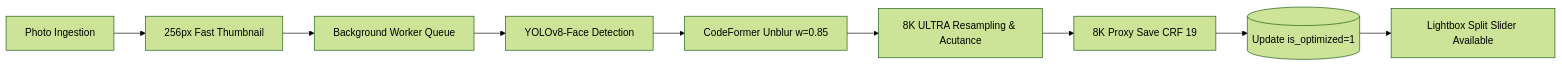
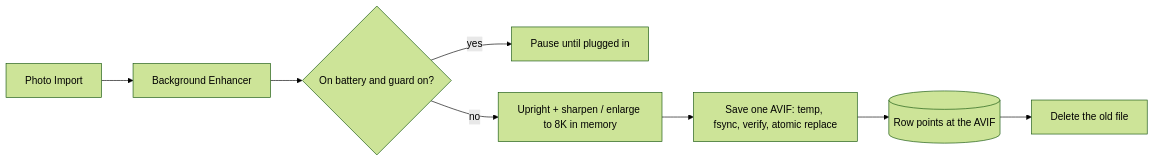
The fifth of 7 diagrams in docs/architecture.md (SumitKanchan4/SecurePhotos), drawn with Mermaid (forest theme) before and after one commit. The commit also changed other lines of this file and 16 other files, not shown here.

````diff
--- a/docs/architecture.md
+++ b/docs/architecture.md
@@ -171,11 +171,10 @@
 ```mermaid
 flowchart LR
-    Scan[Photo Ingestion] --> Micro[256px Fast Thumbnail]
-    Micro --> Queue[Background Worker Queue]
-    Queue --> Face[YOLOv8-Face Detection]
-    Face --> CodeFormer[CodeFormer Unblur w=0.85]
-    CodeFormer --> Lanczos[8K ULTRA Resampling & Acutance]
-    Lanczos --> Proxy[8K Proxy Save CRF 19]
-    Proxy --> DB[(Update is_optimized=1)]
-    DB --> Lightbox[Lightbox Split Slider Available]
+    Import[Photo Import] --> Queue[Background Enhancer]
+    Queue --> Battery{On battery and guard on?}
+    Battery -- yes --> Wait[Pause until plugged in]
+    Battery -- no --> Enhance[Upright + sharpen / enlarge to 8K in memory]
+    Enhance --> Save[Save one AVIF: temp, fsync, verify, atomic replace]
+    Save --> DB[(Row points at the AVIF)]
+    DB --> Delete[Delete the old file]
 ```
````
